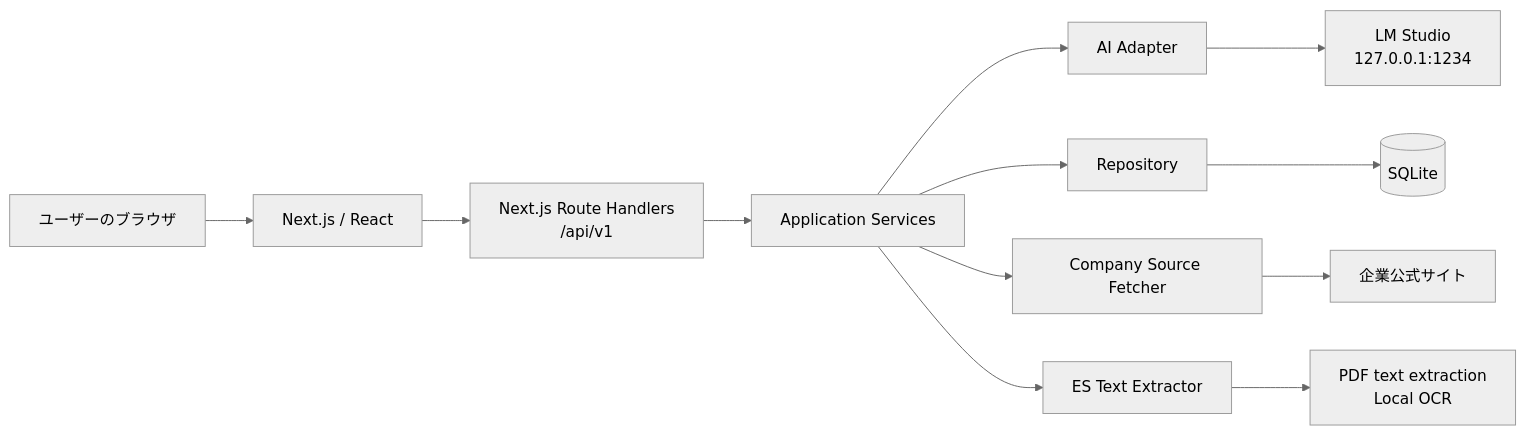
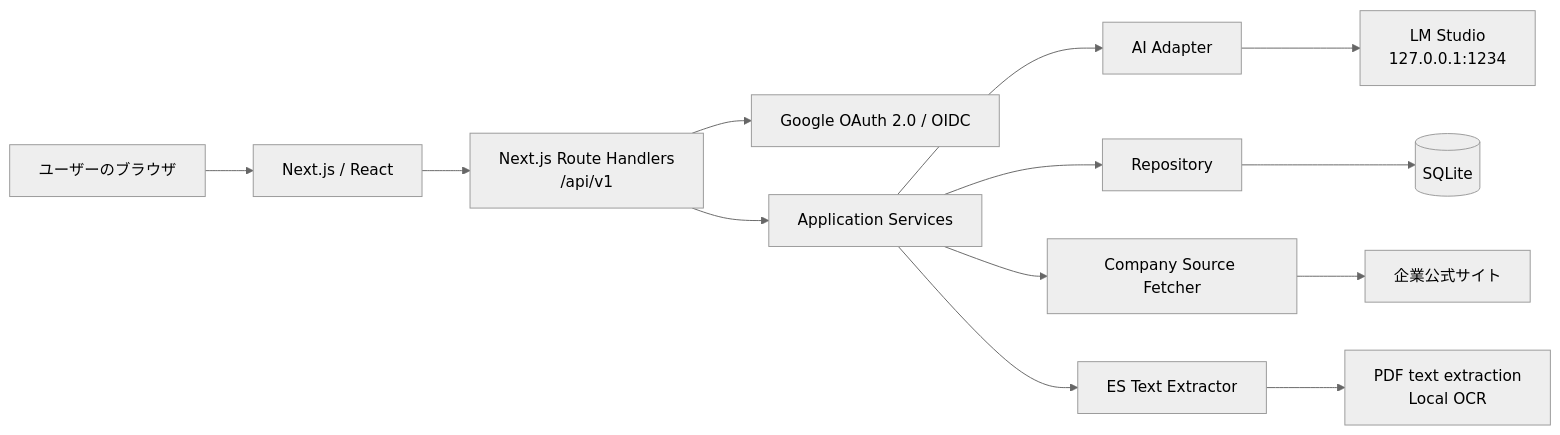
One commit to HACK-STAGE-STAGE2-teamG-YOZORA/Polaris changed the first of 7 diagrams in docs/architecture.md. Above: the diagram before and after it, drawn with Mermaid (neutral theme). The commit also changed other lines of this file and 60 other files, not shown here.

````diff
--- a/docs/architecture.md
+++ b/docs/architecture.md
@@ -5,14 +5,15 @@
 ```mermaid
 flowchart LR
     U["ユーザーのブラウザ"] --> N["Next.js / React"]
     N --> R["Next.js Route Handlers<br>/api/v1"]
+    R --> G["Google OAuth 2.0 / OIDC"]
     R --> S["Application Services"]
     S --> A["AI Adapter"]
     S --> D["Repository"]
     S --> F["Company Source Fetcher"]
     S --> E["ES Text Extractor"]
     A --> L["LM Studio<br>127.0.0.1:1234"]
     D --> Q[("SQLite")]
     F --> W["企業公式サイト"]
     E --> O["PDF text extraction<br>Local OCR"]
 ```
````
